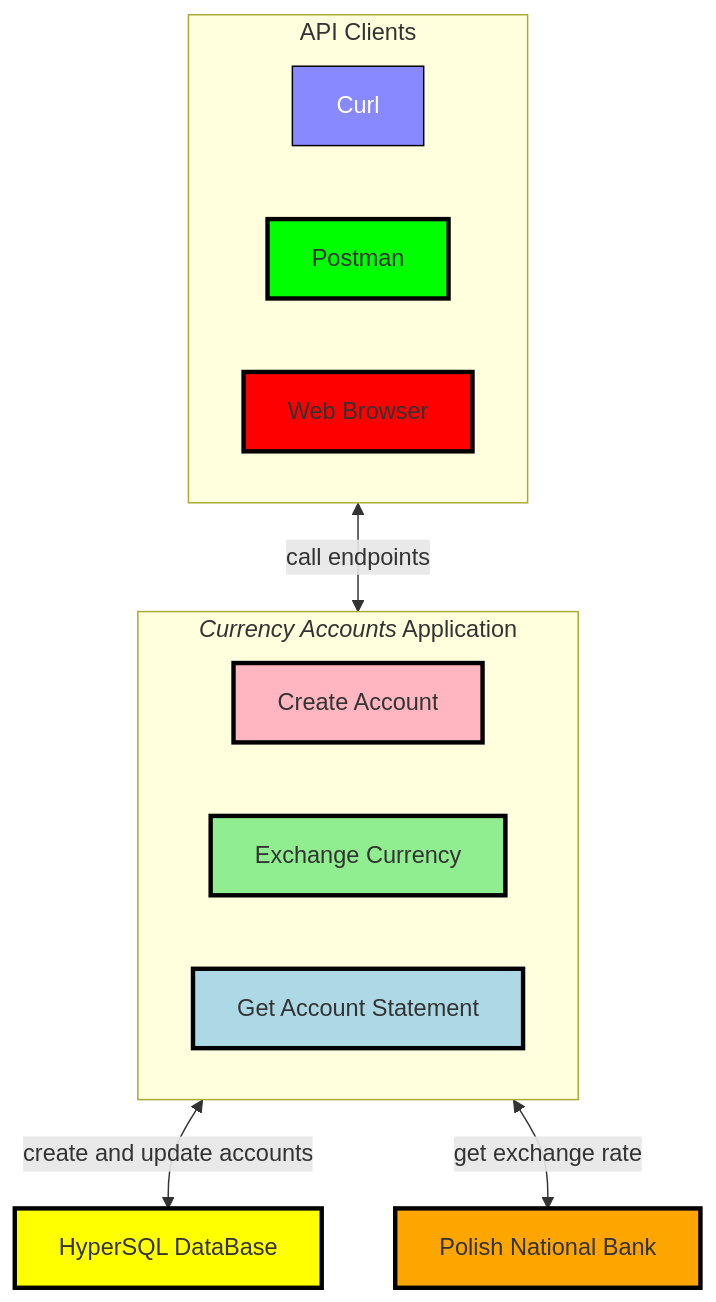
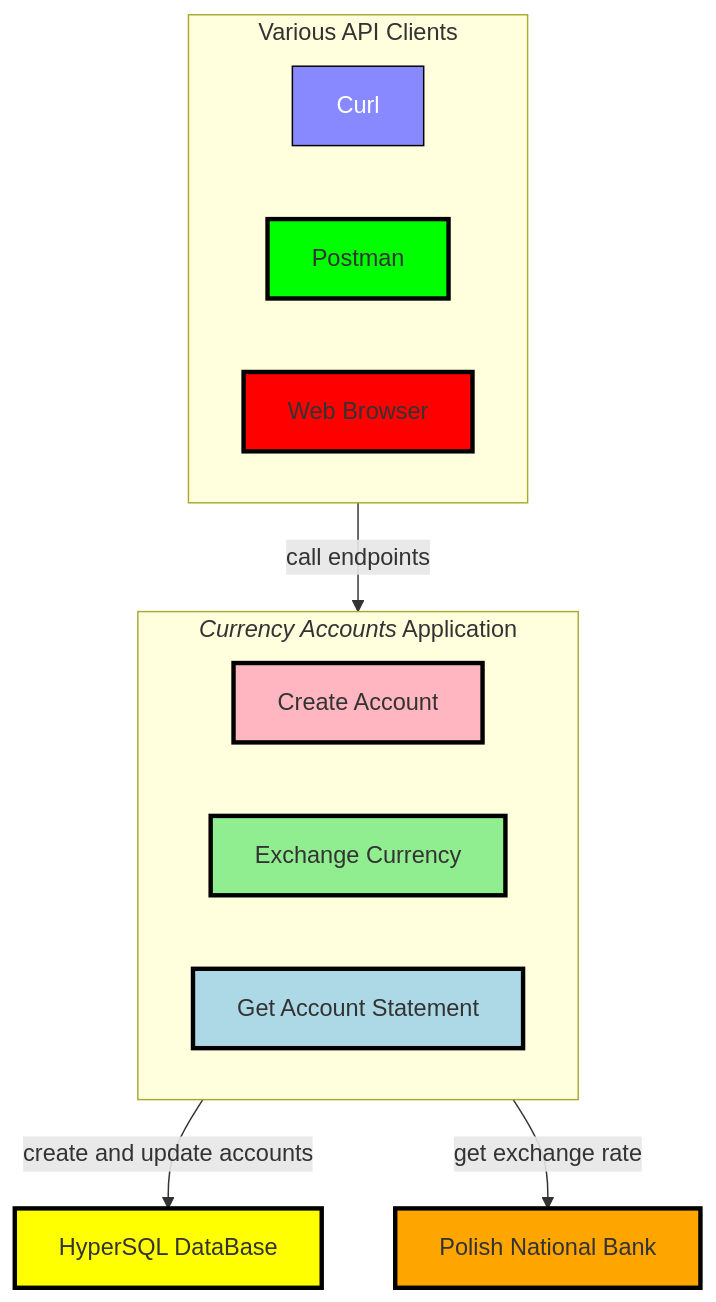
The diagram in docs/mermaid/flowchart.md (Ee-Cs/CurrencyAccounts), drawn with Mermaid before and after one commit. The commit also changed 1 other file, not shown here.

Commit message:
it works

````diff
--- a/docs/mermaid/flowchart.md
+++ b/docs/mermaid/flowchart.md
@@ -2,31 +2,31 @@
 ```mermaid
 flowchart TD
  subgraph APP[<i>Currency Accounts</i> Application]
    CA[Create Account]:::lightPinkBox
    EX[Exchange Currency]:::lightGreenBox
    AS[Get Account Statement]:::lightBlueBox
  end
  DB[HyperSQL DataBase]:::yellowBox
  NBP[Polish National Bank]:::orangeBox
- subgraph CLI[API Clients]
+ subgraph CLI[Various API Clients]
    CURL[Curl]:::blueBox
    POST[Postman]:::greenBox
    WBR[Web Browser]:::redBox
  end
 
- CLI <--> |call endpoints| APP
- APP <--> |create and update accounts| DB
- APP <--> |get exchange rate| NBP
+ CLI --> |call endpoints| APP
+ APP --> |create and update accounts| DB
+ APP --> |get exchange rate| NBP
 
  classDef redBox     fill:#ff0000,stroke:#000,stroke-width:3px
  classDef greenBox   fill:#00ff00,stroke:#000,stroke-width:3px
  classDef blueBox    fill:#8888ff,stroke:#000,stroke-width:1px,color:#fff
  classDef orangeBox  fill:#ffa500,stroke:#000,stroke-width:3px
  classDef yellowBox  fill:#ffff00,stroke:#000,stroke-width:3px
  classDef yellowBox  fill:#ffff00,stroke:#000,stroke-width:3px
  classDef yellowBox  fill:#ffff00,stroke:#000,stroke-width:3px
  classDef yellowBox  fill:#ffff00,stroke:#000,stroke-width:3px
  classDef lightBlueBox  fill:#ADD8E6,stroke:#000,stroke-width:3px
  classDef lightGreenBox fill:#90EE90,stroke:#000,stroke-width:3px
  classDef lightPinkBox  fill:#FFB6C1,stroke:#000,stroke-width:3px
 ```
````
